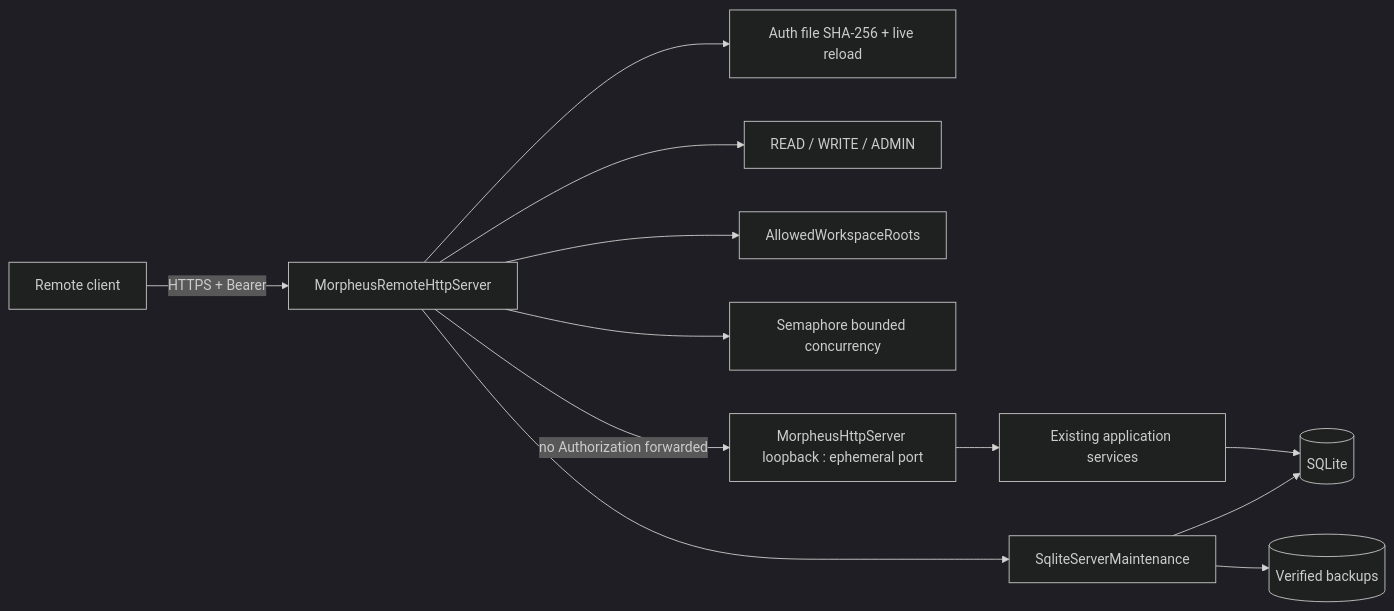
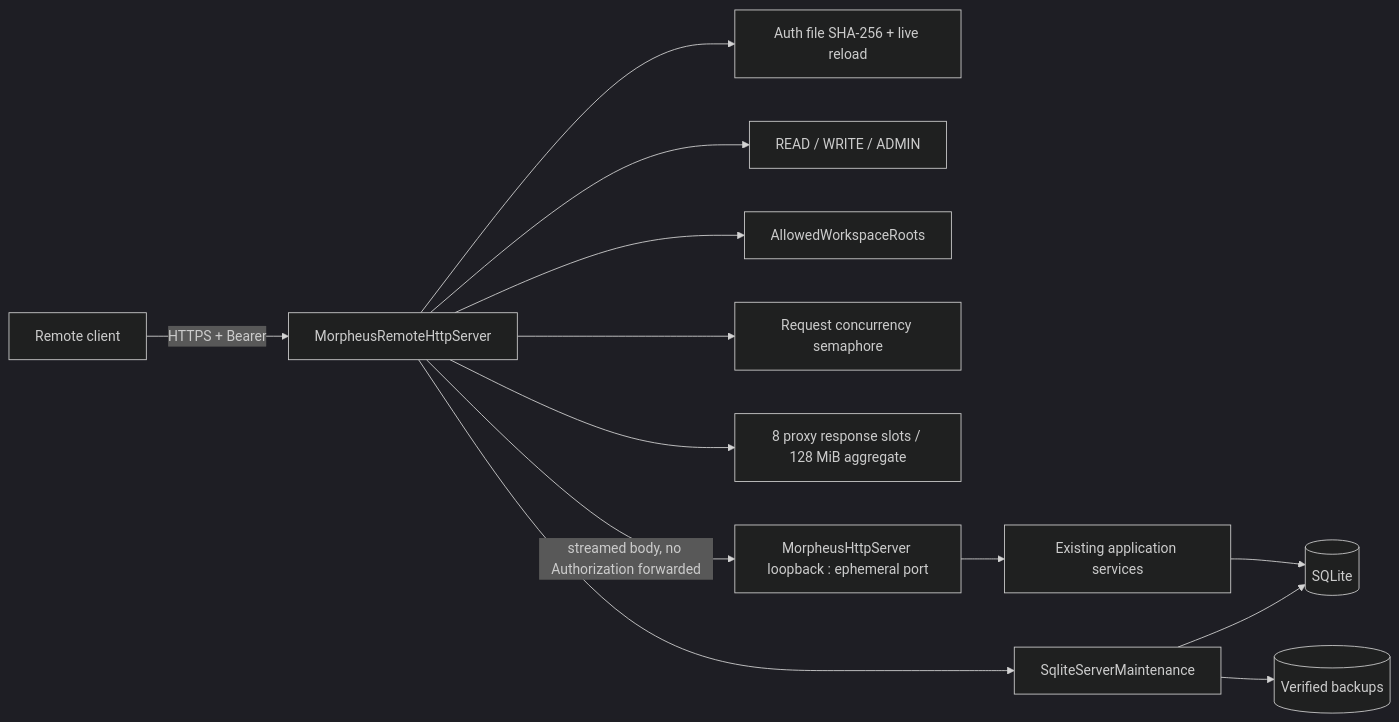
The diagram in docs/developer/REMOTE_SERVER_PLATFORM.md (FTurleque/morpheus-engine), drawn with Mermaid (dark theme) before and after one commit. The commit also changed other lines of this file, not shown here.

Commit message:
docs: align remote server platform with V016 and bounded streaming proxy

````diff
--- a/docs/developer/REMOTE_SERVER_PLATFORM.md
+++ b/docs/developer/REMOTE_SERVER_PLATFORM.md
@@ -7,14 +7,15 @@
 ```mermaid
 flowchart LR
     C[Remote client] -->|HTTPS + Bearer| R[MorpheusRemoteHttpServer]
     R --> A[Auth file SHA-256 + live reload]
     R --> RBAC[READ / WRITE / ADMIN]
     R --> ROOTS[AllowedWorkspaceRoots]
-    R --> LIMIT[Semaphore bounded concurrency]
-    R -->|no Authorization forwarded| L[MorpheusHttpServer loopback : ephemeral port]
+    R --> REQ[Request concurrency semaphore]
+    R --> RESP[8 proxy response slots / 128 MiB aggregate]
+    R -->|streamed body, no Authorization forwarded| L[MorpheusHttpServer loopback : ephemeral port]
     L --> APP[Existing application services]
     APP --> DB[(SQLite)]
     R --> BK[SqliteServerMaintenance]
     BK --> DB
     BK --> B[(Verified backups)]
 ```
````
